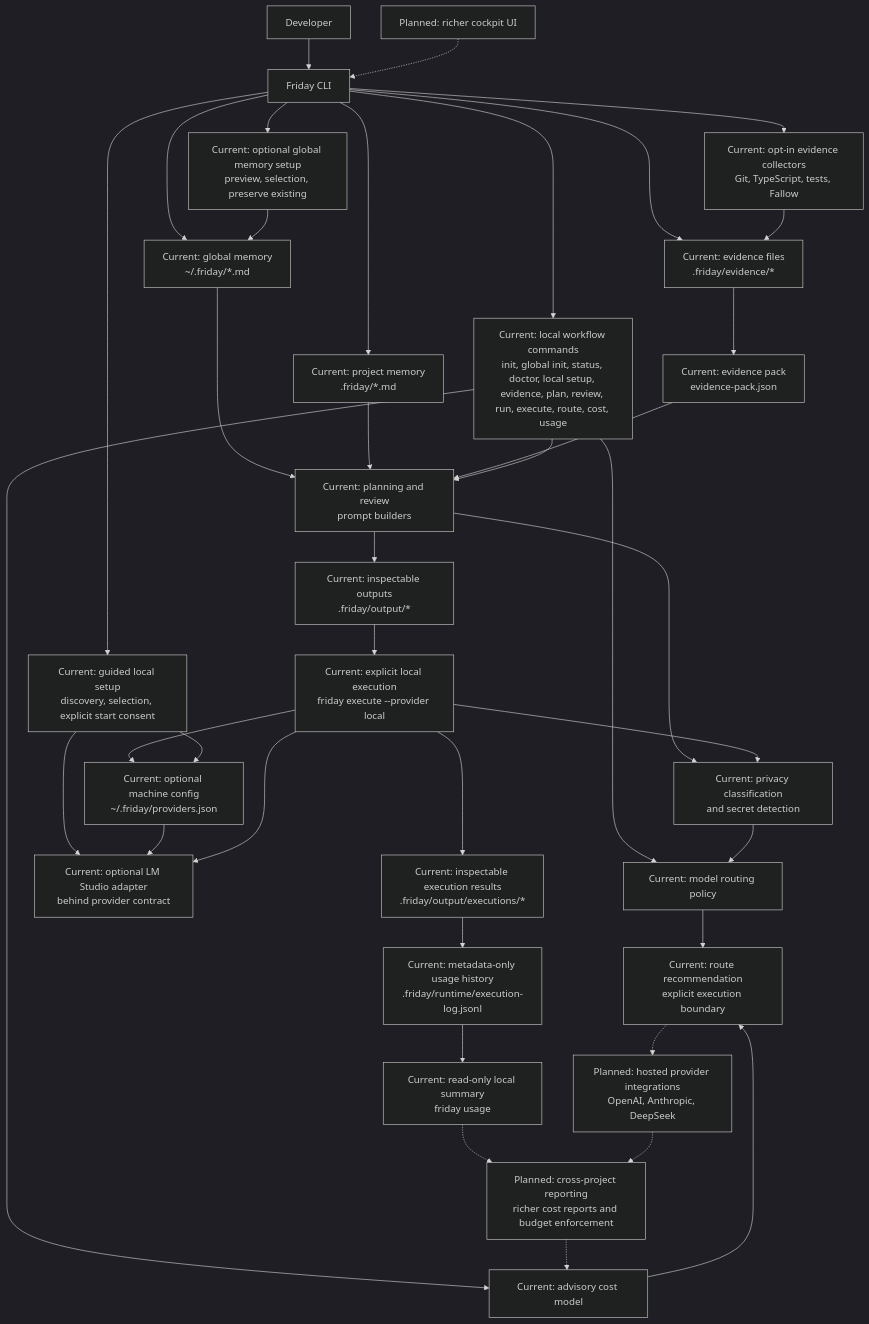
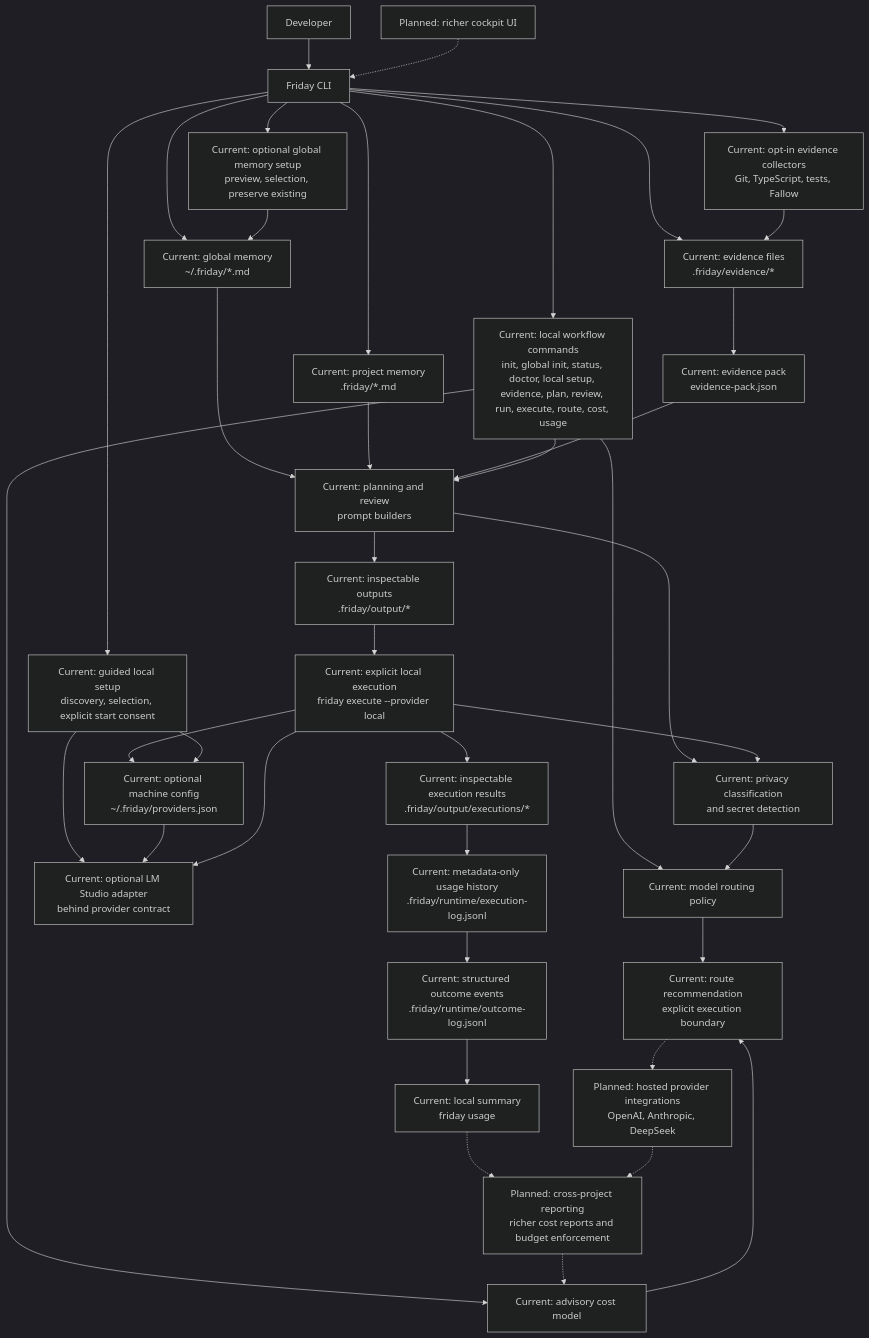
Before and after one commit to MikeBlakeway/friday: the diagram in docs/architecture.md, drawn with Mermaid (dark theme). The commit also changed 14 other files, not shown here.

````diff
--- a/docs/architecture.md
+++ b/docs/architecture.md
@@ -14,45 +14,46 @@
 ```mermaid
 flowchart TD
   Developer[Developer] --> CLI[Friday CLI]
 
   CLI --> CurrentGlobalMemory[Current: global memory<br/>~/.friday/*.md]
   CLI --> CurrentProjectMemory[Current: project memory<br/>.friday/*.md]
   CLI --> CurrentEvidence[Current: evidence files<br/>.friday/evidence/*]
   CLI --> CurrentCommands[Current: local workflow commands<br/>init, global init, status, doctor, local setup, evidence, plan, review, run, execute, route, cost, usage]
 
   CurrentGlobalMemory --> PromptBuilders[Current: planning and review<br/>prompt builders]
   CurrentProjectMemory --> PromptBuilders
   CurrentEvidence --> EvidencePack[Current: evidence pack<br/>evidence-pack.json]
   EvidencePack --> PromptBuilders
   CurrentCommands --> PromptBuilders
 
   PromptBuilders --> PrivacySafety[Current: privacy classification<br/>and secret detection]
   CurrentCommands --> RoutePolicy[Current: model routing policy]
   CurrentCommands --> CostModel[Current: advisory cost model]
 
   PrivacySafety --> RoutePolicy
   RoutePolicy --> Recommendation[Current: route recommendation<br/>explicit execution boundary]
   CostModel --> Recommendation
   PromptBuilders --> LocalOutputs[Current: inspectable outputs<br/>.friday/output/*]
   LocalOutputs --> ExecuteBoundary[Current: explicit local execution<br/>friday execute --provider local]
   ExecuteBoundary --> PrivacySafety
   ExecuteBoundary --> GlobalProviderConfig[Current: optional machine config<br/>~/.friday/providers.json]
   CLI --> GuidedSetup[Current: guided local setup<br/>discovery, selection, explicit start consent]
   CLI --> GlobalMemorySetup[Current: optional global memory setup<br/>preview, selection, preserve existing]
   GlobalMemorySetup --> CurrentGlobalMemory
   GuidedSetup --> GlobalProviderConfig
   GuidedSetup --> CurrentLocalProvider
   GlobalProviderConfig --> CurrentLocalProvider
   ExecuteBoundary --> CurrentLocalProvider[Current: optional LM Studio adapter<br/>behind provider contract]
   ExecuteBoundary --> ExecutionOutputs[Current: inspectable execution results<br/>.friday/output/executions/*]
   ExecutionOutputs --> CurrentUsage[Current: metadata-only usage history<br/>.friday/runtime/execution-log.jsonl]
-  CurrentUsage --> UsageSummary[Current: read-only local summary<br/>friday usage]
+  CurrentUsage --> OutcomeHistory[Current: structured outcome events<br/>.friday/runtime/outcome-log.jsonl]
+  OutcomeHistory --> UsageSummary[Current: local summary<br/>friday usage]
 
   CLI --> CurrentCollectors[Current: opt-in evidence collectors<br/>Git, TypeScript, tests, Fallow]
   CurrentCollectors --> CurrentEvidence
   Recommendation -.-> PlannedProviders[Planned: hosted provider integrations<br/>OpenAI, Anthropic, DeepSeek]
   UsageSummary -.-> PlannedReporting[Planned: cross-project reporting<br/>richer cost reports and budget enforcement]
   PlannedProviders -.-> PlannedReporting
   PlannedReporting -.-> CostModel
   PlannedCockpit[Planned: richer cockpit UI] -.-> CLI
 ```
````
